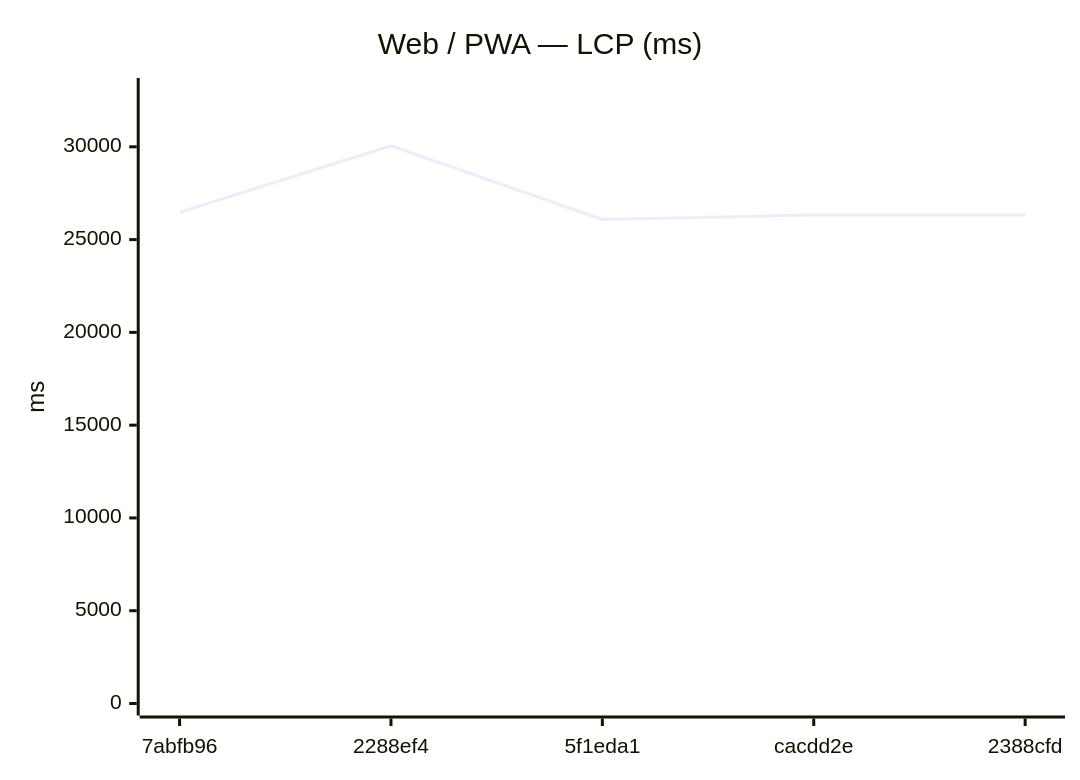
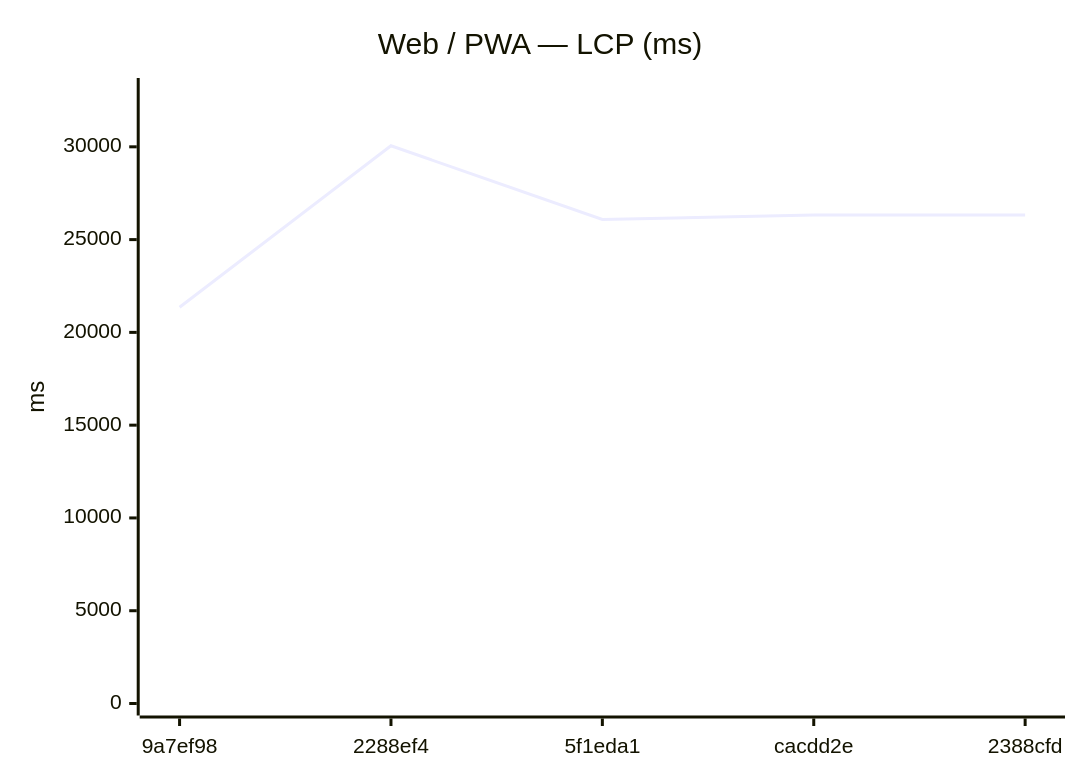
Before and after one commit to Metaheurist/Rianell: the fifth of 12 diagrams in benchmarks/compare.md, drawn with Mermaid. The commit also changed other lines of this file and 8 other files, not shown here.

````diff
--- a/benchmarks/compare.md
+++ b/benchmarks/compare.md
@@ -82,7 +82,7 @@
 ```mermaid
 xychart-beta
     title "Web / PWA — LCP (ms)"
-    x-axis ["7abfb96", "2288ef4", "5f1eda1", "cacdd2e", "2388cfd"]
+    x-axis ["9a7ef98", "2288ef4", "5f1eda1", "cacdd2e", "2388cfd"]
     y-axis "ms" 0 --> 33062
-    line [26467, 30056, 26085, 26327, 26326]
+    line [21355, 30056, 26085, 26327, 26326]
 ```
````
